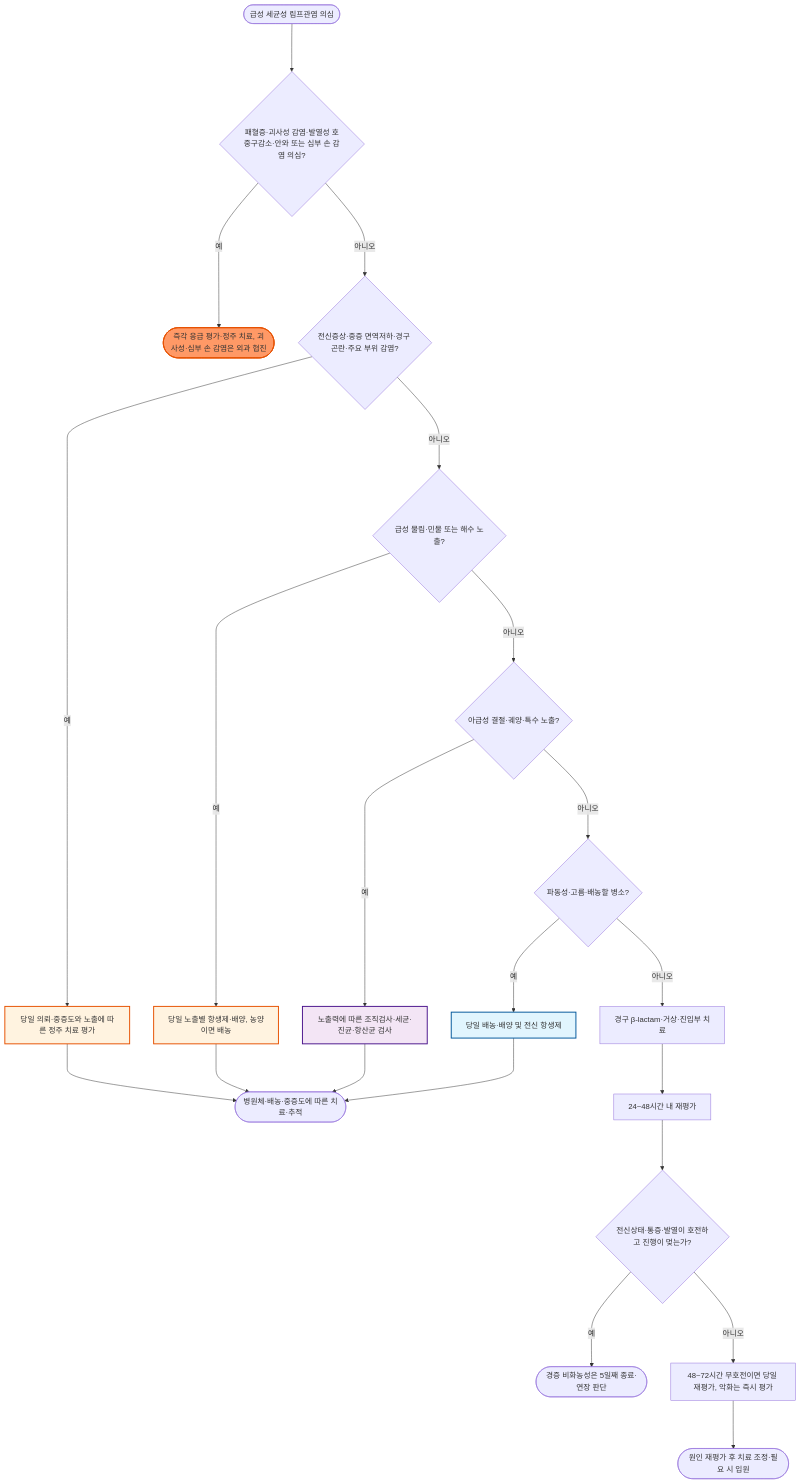
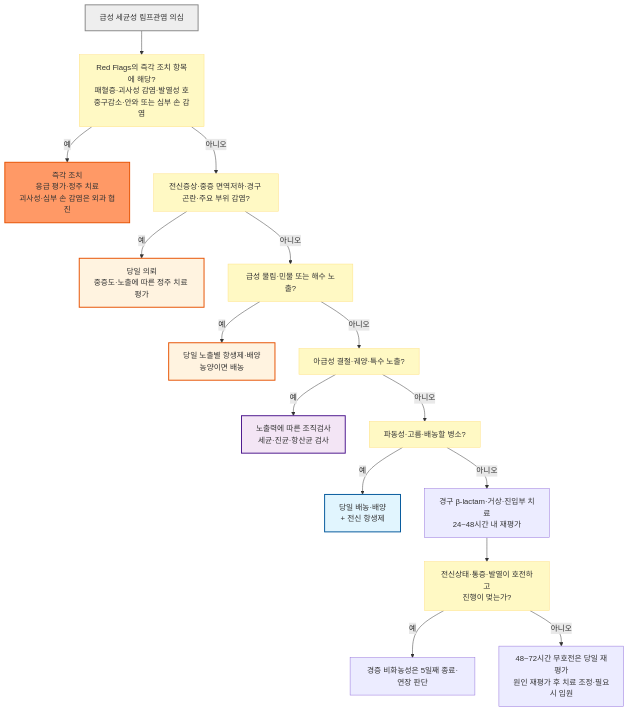
One commit to familyoh77/familyoh77 changed the diagram in 230_/201_-lymphangitis.md. Above: the diagram before and after it, drawn with Mermaid. The commit also changed other lines of this file and 16 other files, not shown here.

````diff
--- a/230_/201_-lymphangitis.md
+++ b/230_/201_-lymphangitis.md
@@ -110,28 +110,26 @@
 ```mermaid
 flowchart TD
-    A(["급성 세균성 림프관염 의심"]) ---> B{"패혈증·괴사성 감염·발열성 호중구감소·안와 또는 심부 손 감염 의심?"}
-    B --->|예| C(["즉각 응급 평가·정주 치료, 괴사성·심부 손 감염은 외과 협진"])
-    B --->|아니오| H{"전신증상·중증 면역저하·경구 곤란·주요 부위 감염?"}
-    H --->|예| I["당일 의뢰·중증도와 노출에 따른 정주 치료 평가"]
-    H --->|아니오| X{"급성 물림·민물 또는 해수 노출?"}
-    X --->|예| Y["당일 노출별 항생제·배양, 농양이면 배농"]
-    X --->|아니오| F{"아급성 결절·궤양·특수 노출?"}
-    F --->|예| G["노출력에 따른 조직검사·세균·진균·항산균 검사"]
-    F --->|아니오| D{"파동성·고름·배농할 병소?"}
-    D --->|예| E["당일 배농·배양 및 전신 항생제"]
-    D --->|아니오| J["경구 β-lactam·거상·진입부 치료"]
-    J ---> K["24~48시간 내 재평가"]
-    E ---> Q(["병원체·배농·중증도에 따른 치료·추적"])
-    G ---> Q
-    I ---> Q
-    Y ---> Q
-    K ---> L{"전신상태·통증·발열이 호전하고 진행이 멎는가?"}
-    L --->|예| M(["경증 비화농성은 5일째 종료·연장 판단"])
-    L --->|아니오| N["48~72시간 무호전이면 당일 재평가, 악화는 즉시 평가"]
-    N ---> O(["원인 재평가 후 치료 조정·필요 시 입원"])
+    A["급성 세균성 림프관염 의심"] --> B["Red Flags의 즉각 조치 항목에 해당?<br/>패혈증·괴사성 감염·발열성 호중구감소·안와 또는 심부 손 감염"]
+    B -- "예" --> C["즉각 조치<br/>응급 평가·정주 치료<br/>괴사성·심부 손 감염은 외과 협진"]
+    B -- "아니오" --> H["전신증상·중증 면역저하·경구 곤란·주요 부위 감염?"]
+    H -- "예" --> I["당일 의뢰<br/>중증도·노출에 따른 정주 치료 평가"]
+    H -- "아니오" --> X["급성 물림·민물 또는 해수 노출?"]
+    X -- "예" --> Y["당일 노출별 항생제·배양<br/>농양이면 배농"]
+    X -- "아니오" --> F["아급성 결절·궤양·특수 노출?"]
+    F -- "예" --> G["노출력에 따른 조직검사<br/>세균·진균·항산균 검사"]
+    F -- "아니오" --> D["파동성·고름·배농할 병소?"]
+    D -- "예" --> E["당일 배농·배양<br/>+ 전신 항생제"]
+    D -- "아니오" --> J["경구 β-lactam·거상·진입부 치료<br/>24~48시간 내 재평가"]
+    J --> L["전신상태·통증·발열이 호전하고<br/>진행이 멎는가?"]
+    L -- "예" --> M["경증 비화농성은 5일째 종료·연장 판단"]
+    L -- "아니오" --> N["48~72시간 무호전은 당일 재평가<br/>원인 재평가 후 치료 조정·필요시 입원"]
+
+    classDef question fill:#fff9c4,stroke:#ffe082
+    class B,H,X,F,D,L question
+    style A fill:#eeeeee,stroke:#888888,stroke-width:2px
     style C fill:#f96,stroke:#e65100,stroke-width:2px
     style E fill:#e1f5fe,stroke:#01579b,stroke-width:2px
     style G fill:#f3e5f5,stroke:#4a148c,stroke-width:2px
     style I fill:#fff3e0,stroke:#e65100,stroke-width:2px
     style Y fill:#fff3e0,stroke:#e65100,stroke-width:2px
 ```
````
